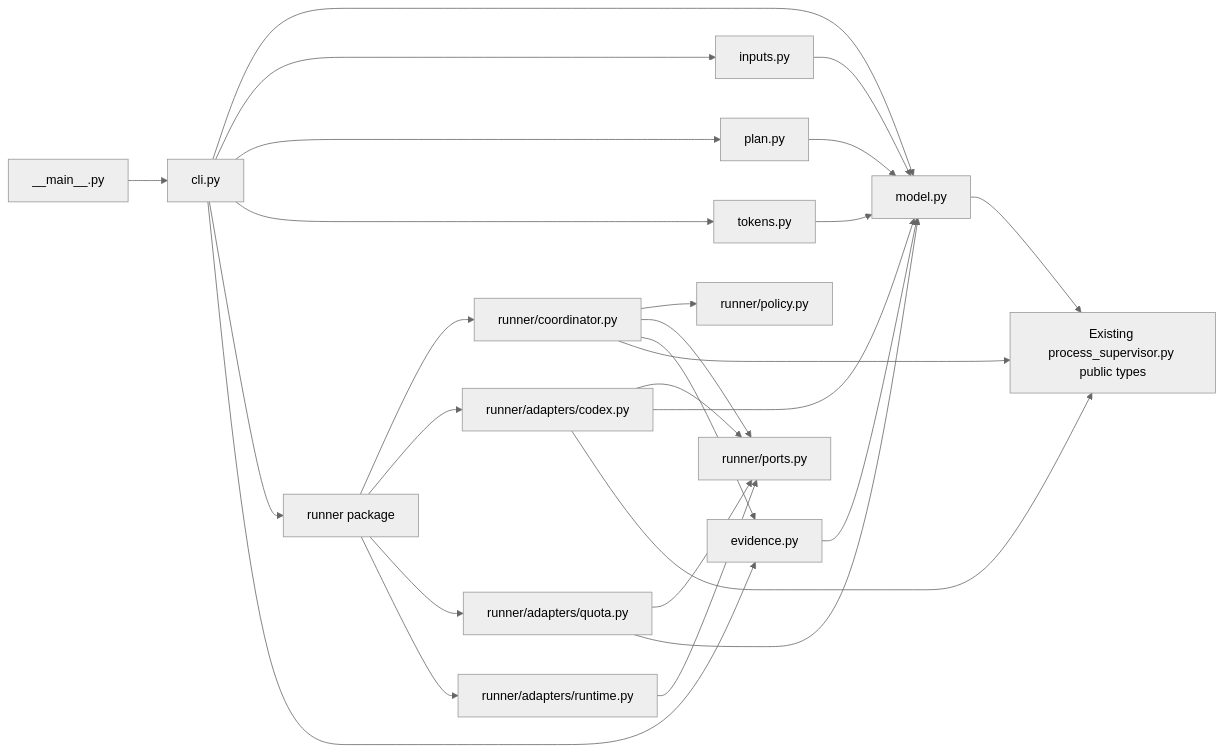
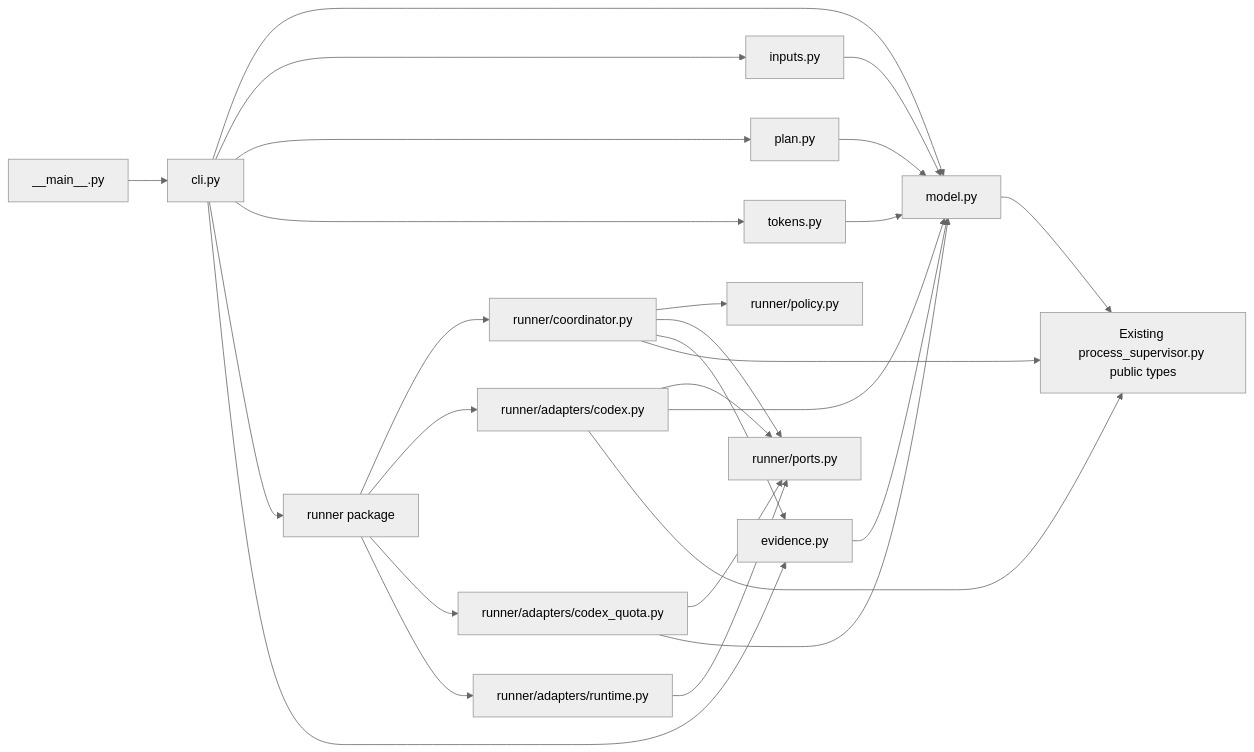
One commit to msitarz/ataraxia changed the second of 2 diagrams in doc/feat/reviewer/engineering/evaluation/evaluation-harness/architecture.md. Above: the diagram before and after it, drawn with Mermaid (neutral theme). The commit also changed other lines of this file and 9 other files, not shown here.

````diff
--- a/doc/feat/reviewer/engineering/evaluation/evaluation-harness/architecture.md
+++ b/doc/feat/reviewer/engineering/evaluation/evaluation-harness/architecture.md
@@ -540,29 +561,29 @@
 ```mermaid
 flowchart LR
     CLI[cli.py] --> MODEL[model.py]
     CLI --> INPUTS[inputs.py]
     CLI --> PLAN[plan.py]
     CLI --> TOKENS[tokens.py]
     CLI --> RUNNER[runner package]
     CLI --> EVIDENCE[evidence.py]
     RUNNER --> COORD[runner/coordinator.py]
     RUNNER --> CODEX[runner/adapters/codex.py]
-    RUNNER --> QUOTA[runner/adapters/quota.py]
+    RUNNER --> QUOTA[runner/adapters/codex_quota.py]
     RUNNER --> RUNTIME[runner/adapters/runtime.py]
     COORD --> POLICY[runner/policy.py]
     COORD --> PORTS[runner/ports.py]
     CODEX --> PORTS
     QUOTA --> PORTS
     RUNTIME --> PORTS
     CODEX --> MODEL
     QUOTA --> MODEL
     INPUTS --> MODEL
     PLAN --> MODEL
     TOKENS --> MODEL
     COORD --> EVIDENCE
     EVIDENCE --> MODEL
     MODEL --> SUP[Existing process_supervisor.py public types]
     COORD --> SUP
     CODEX --> SUP
     MAIN[__main__.py] --> CLI
 ```
````
